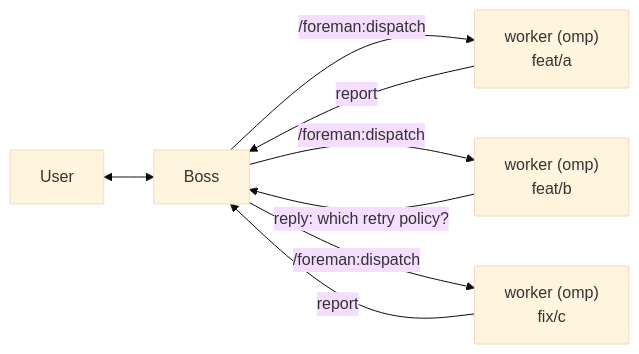
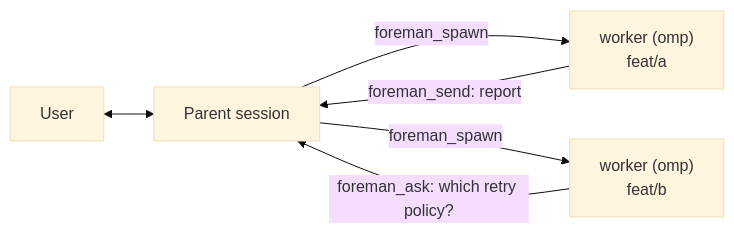
Before and after one commit to andyhite/foreman: the diagram in README.md, drawn with Mermaid (base theme). The commit also changed other lines of this file, not shown here.

First line of the commit message:
Rewrite README for the pure-extension architecture

````diff
--- a/README.md
+++ b/README.md
@@ -38,10 +24,8 @@
 ```mermaid
 graph LR
-  U[User] <--> B[Boss]
-  B -->|"/foreman:dispatch"| W1["worker (omp)<br/>feat/a"]
-  B -->|"/foreman:dispatch"| W2["worker (omp)<br/>feat/b"]
-  B -->|"/foreman:dispatch"| W3["worker (omp)<br/>fix/c"]
-  W1 -->|report| B
-  W2 -->|"reply: which retry policy?"| B
-  W3 -->|report| B
+  U[User] <--> B[Parent session]
+  B -->|foreman_spawn| W1["worker (omp)<br/>feat/a"]
+  B -->|foreman_spawn| W2["worker (omp)<br/>feat/b"]
+  W1 -->|foreman_send: report| B
+  W2 -->|foreman_ask: which retry policy?| B
 ```
````
